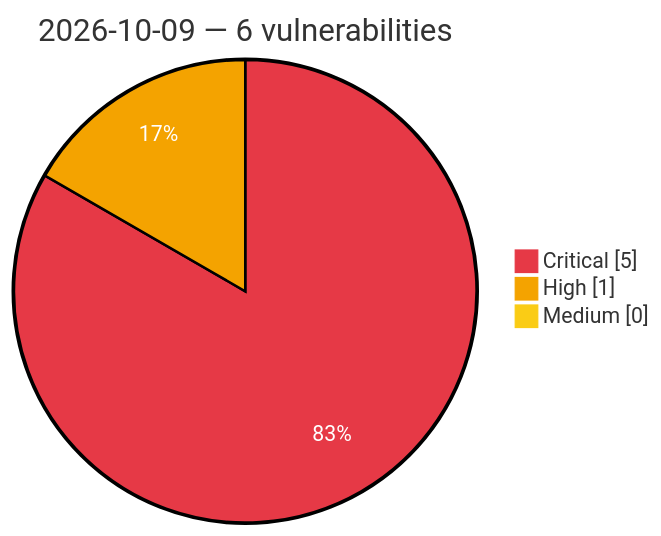
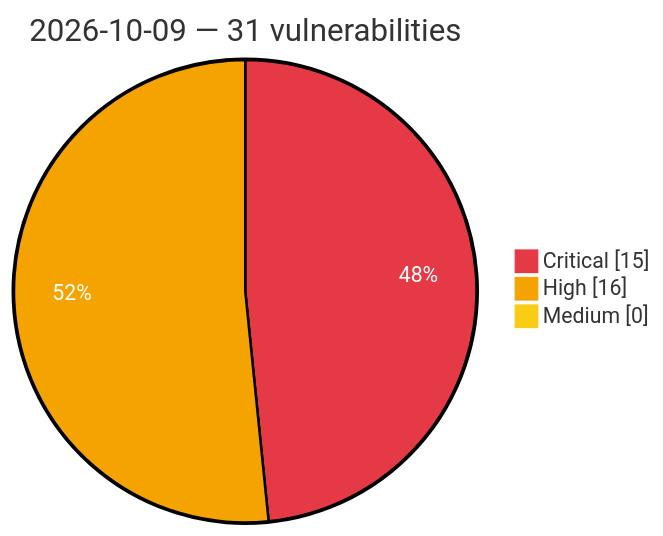
One commit to GhostX0X/vuln-tracker changed the diagram in vulnerabilities/2026/October/2026-10-09.md. Above: the diagram before and after it, drawn with Mermaid. The commit also changed other lines of this file and 5 other files, not shown here.

Commit message:
Auto update: critical/high vulns (2026-10-09 14:24 UTC)

````diff
--- a/vulnerabilities/2026/October/2026-10-09.md
+++ b/vulnerabilities/2026/October/2026-10-09.md
@@ -3,8 +3,8 @@
 ```mermaid
 %%{init: {'theme':'base', 'themeVariables': {'pie1':'#e63946', 'pie2':'#f4a300', 'pie3':'#facc15', 'pieOpacity':'1', 'pieOuterStrokeWidth':'2px', 'pieSectionTextColor':'#ffffff'}}}%%
 pie showData
-    title 2026-10-09 — 6 vulnerabilities
-    "Critical" : 5
-    "High" : 1
+    title 2026-10-09 — 31 vulnerabilities
+    "Critical" : 15
+    "High" : 16
     "Medium" : 0
 ```
````
